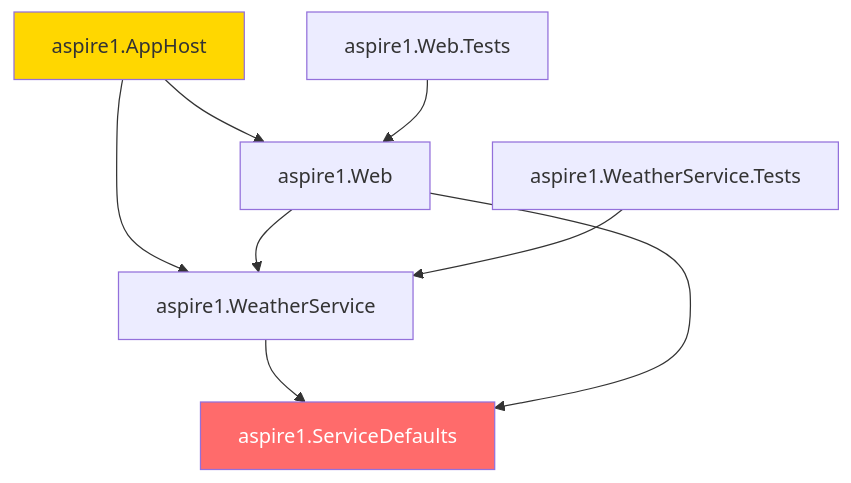
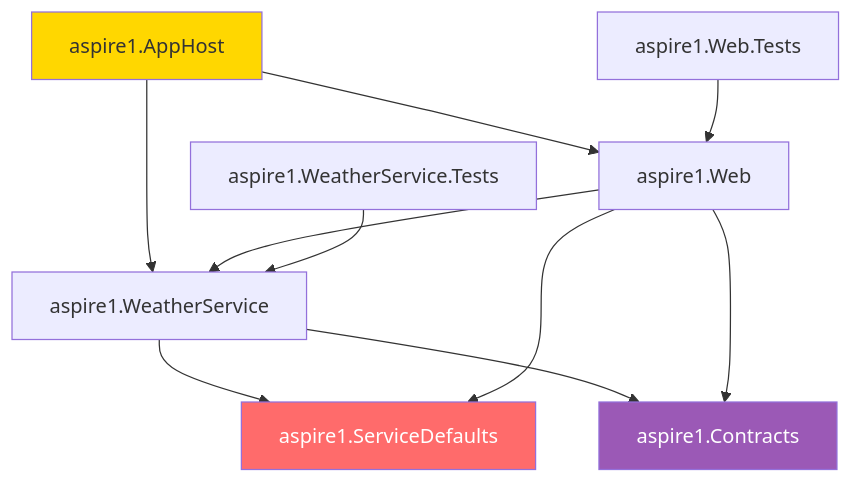
The eighth of 8 diagrams in ARCHITECTURE.md (MSBart2/aspire1), drawn with Mermaid before and after one commit. The commit also changed other lines of this file and 16 other files, not shown here.

First line of the commit message:
feat: WeatherForecast unified in shared Contracts library — no more living a double life (#29)

````diff
--- a/ARCHITECTURE.md
+++ b/ARCHITECTURE.md
@@ -738,20 +743,24 @@
 ```mermaid
 graph TB
     AppHost[aspire1.AppHost]
     ServiceDefaults[aspire1.ServiceDefaults]
+    Contracts[aspire1.Contracts]
     WeatherService[aspire1.WeatherService]
     Web[aspire1.Web]
     WeatherServiceTests[aspire1.WeatherService.Tests]
     WebTests[aspire1.Web.Tests]
     
     AppHost --> WeatherService
     AppHost --> Web
     WeatherService --> ServiceDefaults
+    WeatherService --> Contracts
     Web --> ServiceDefaults
+    Web --> Contracts
     Web --> WeatherService
     WeatherServiceTests --> WeatherService
     WebTests --> Web
     
     style ServiceDefaults fill:#ff6b6b,color:#fff
+    style Contracts fill:#9b59b6,color:#fff
     style AppHost fill:#ffd700
 ```
````
